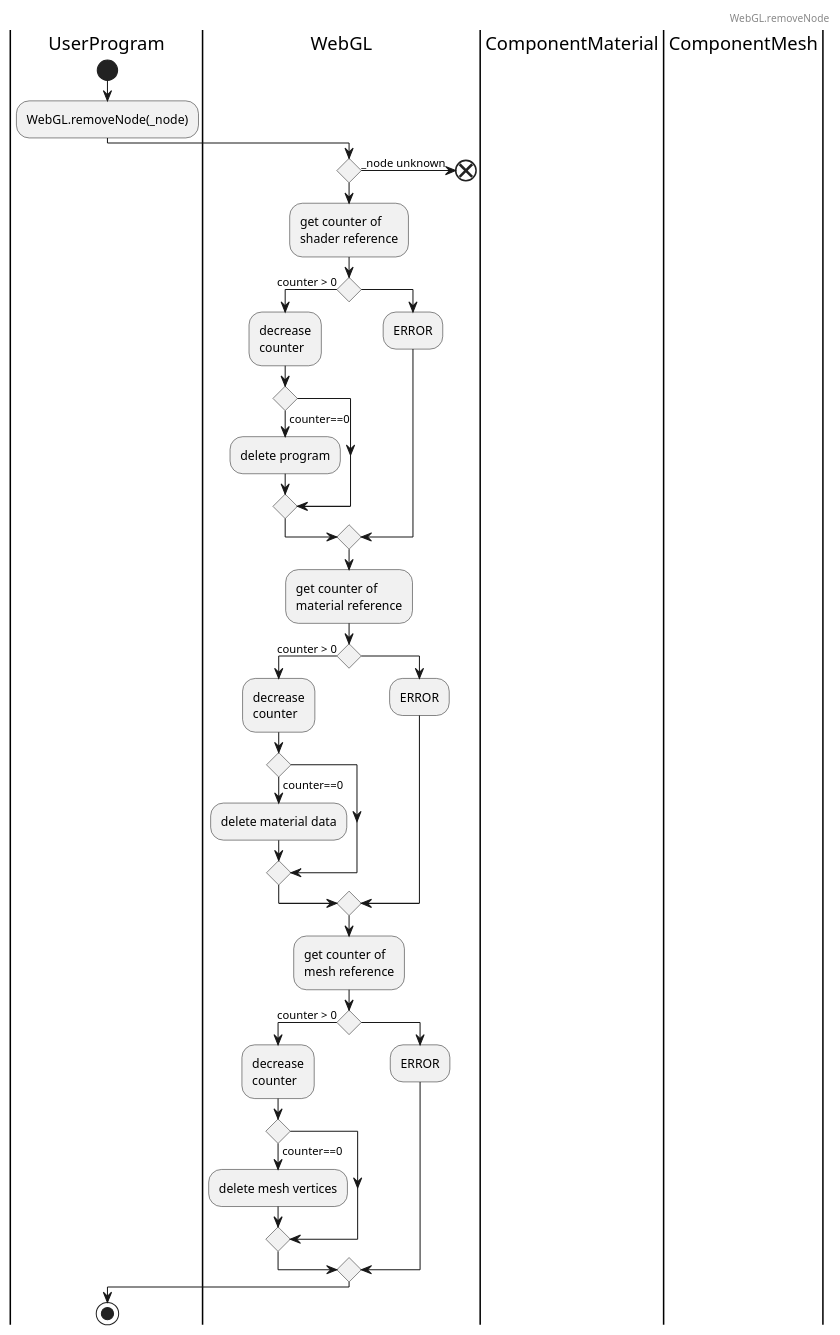
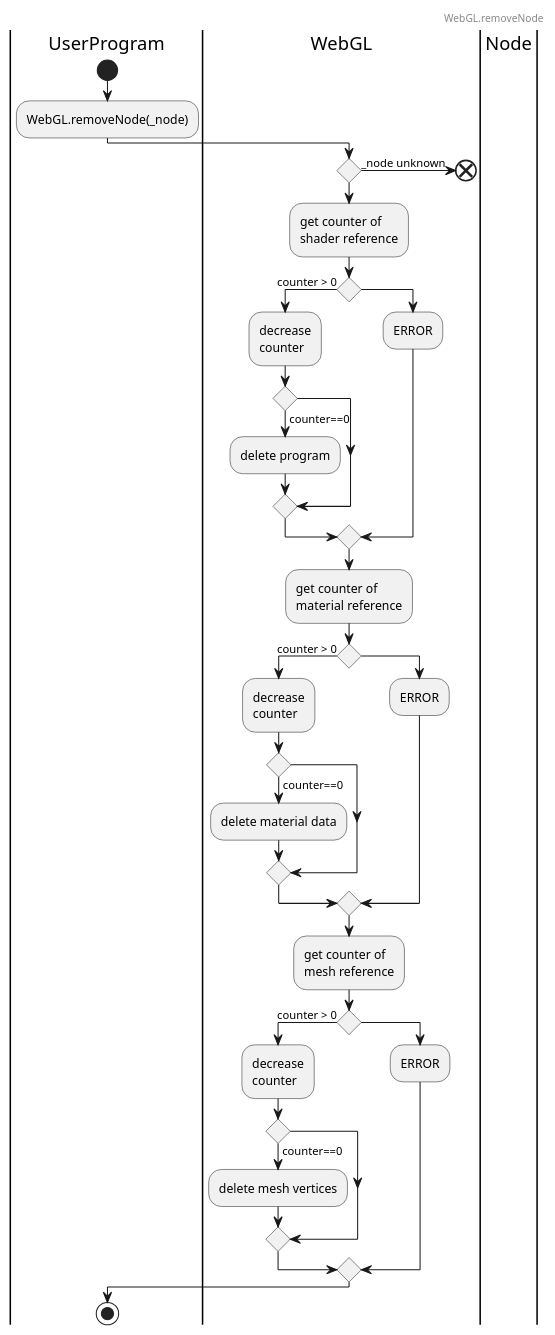
One commit to JirkaDellOro/FUDGE changed the second of 3 diagrams in Design/WebGL_Proposal_Node-Processing.puml. Above: the diagram before and after it, drawn with PlantUML. The commit also changed other lines of this file, not shown here.

```diff
--- a/Design/WebGL_Proposal_Node-Processing.puml
+++ b/Design/WebGL_Proposal_Node-Processing.puml
@@ -63,53 +61,50 @@
 @startuml WebGL.removeNode
 header 
 WebGL.removeNode
 endheader
 |UserProgram|
-'|Viewport|
 |WebGL|
-'|Node|
-|ComponentMaterial|
-|ComponentMesh|
+|Node|
 |UserProgram|
 start
 :WebGL.removeNode(_node);
 |WebGL|
 if () then (_node unknown)
     end
 endif
 :get counter of
 shader reference;
 if () then (counter > 0)
     :decrease
     counter;
     if () then (counter==0)
         :delete program;
     endif
 else ()
     :ERROR;
 endif
 :get counter of
 material reference;
 if () then (counter > 0)
     :decrease
     counter;
     if () then (counter==0)
         :delete material data;
     endif
 else ()
     :ERROR;
 endif
 :get counter of
 mesh reference;
 if () then (counter > 0)
     :decrease
     counter;
     if () then (counter==0)
         :delete mesh vertices;
     endif
 else ()
     :ERROR;
 endif
 |UserProgram|
 stop
 @enduml
```
